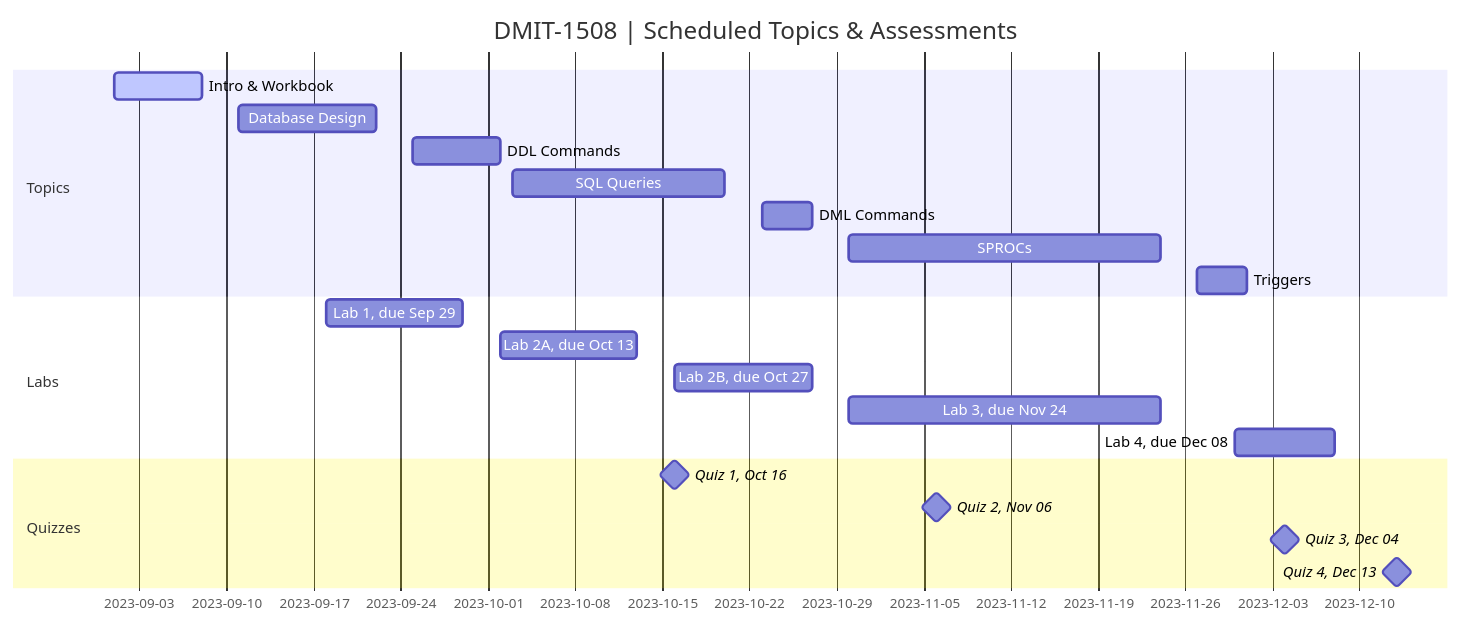
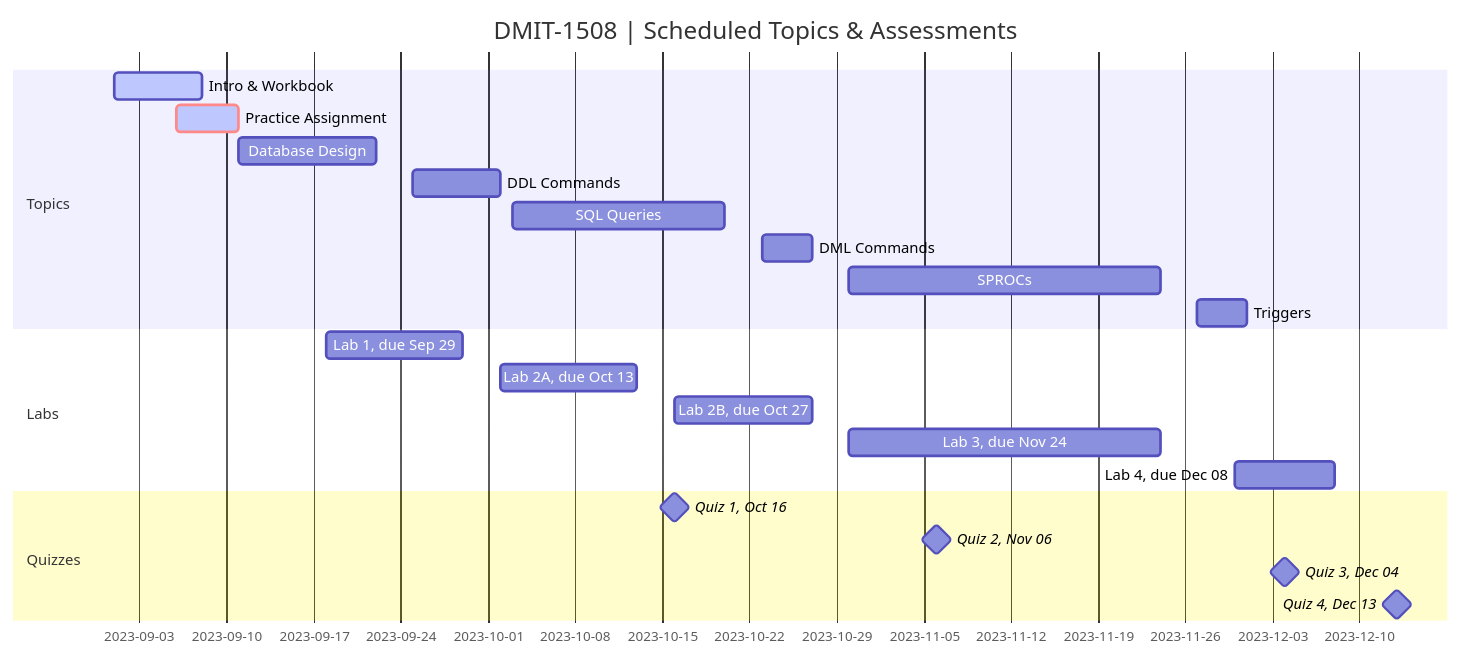
The diagram in Agenda.md (DMIT-1508/DMIT-1508-Workbook-A04-dgilleland), drawn with Mermaid before and after one commit.

Commit message:
Add Practice Assignment to Gantt

````diff
--- a/Agenda.md
+++ b/Agenda.md
@@ -7,33 +7,34 @@
 ```mermaid
 gantt
     dateFormat  YYYY-MM-DD
     title       DMIT-1508 | Scheduled Topics & Assessments
     %% excludes    weekends
     %% (`excludes` accepts specific dates in YYYY-MM-DD format, days of the week ("sunday") or "weekends", but not the word "weekdays".)
 
     section Topics
     %% done - for finished tasks
     %% active - for current tasks
     %% crit - for red outline/background
     Intro & Workbook          :active,  part0, 2023-09-01, 2023-09-08
+    Practice Assignment       :crit, active, about, 2023-09-06, 2023-09-11
     Database Design           :         part1, 2023-09-11, 2023-09-22
     DDL Commands              :         part2, 2023-09-25, 2023-10-02
     SQL Queries               :         part3, 2023-10-03, 2023-10-20
     DML Commands              :         part4, 2023-10-23, 2023-10-27
     SPROCs                    :         part5, 2023-10-30, 2023-11-24
     Triggers                  :         part6, 2023-11-27, 2023-12-01
 
     section Labs
     Lab 1, due Sep 29  :     2023-09-18, 2023-09-29
     Lab 2A, due Oct 13 :     2023-10-02, 2023-10-13
     Lab 2B, due Oct 27 :     2023-10-16, 2023-10-27
     Lab 3, due Nov 24  :     2023-10-30, 2023-11-24
     Lab 4, due Dec 08  :     2023-11-30, 2023-12-08
 
     section Quizzes
     Quiz 1, Oct 16 :milestone, 2023-10-16, 0d
     Quiz 2, Nov 06 :milestone, 2023-11-06, 0d
     Quiz 3, Dec 04 :milestone, 2023-12-04, 0d
     Quiz 4, Dec 13 :milestone, 2023-12-13, 0d
 
 ```
````
